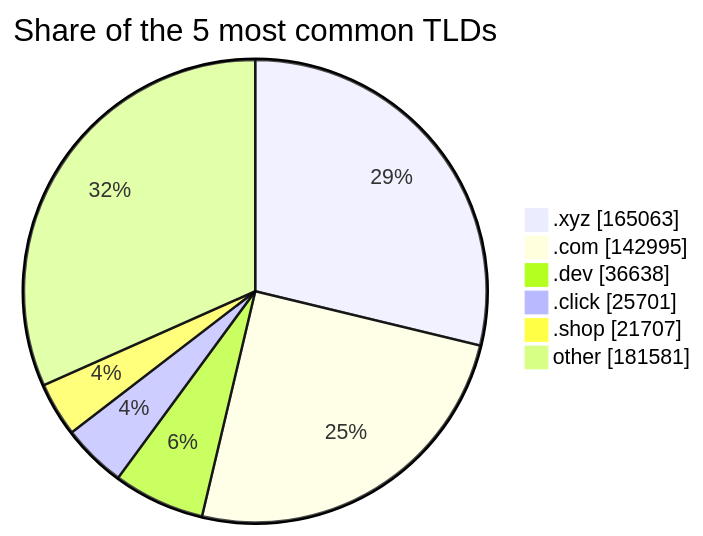
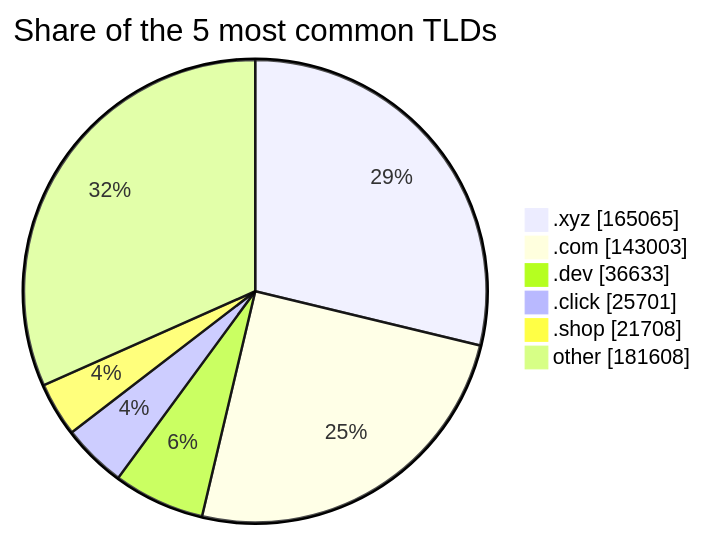
The third of 3 diagrams in README.md (DNSBunker/CTI), drawn with Mermaid before and after one commit. The commit also changed other lines of this file and 3 other files, not shown here.

````diff
--- a/README.md
+++ b/README.md
@@ -81,9 +81,9 @@
 ```mermaid
 pie showData title Share of the 5 most common TLDs
-    ".xyz" : 165063
-    ".com" : 142995
-    ".dev" : 36638
+    ".xyz" : 165065
+    ".com" : 143003
+    ".dev" : 36633
     ".click" : 25701
-    ".shop" : 21707
-    "other" : 181581
+    ".shop" : 21708
+    "other" : 181608
 ```
````
